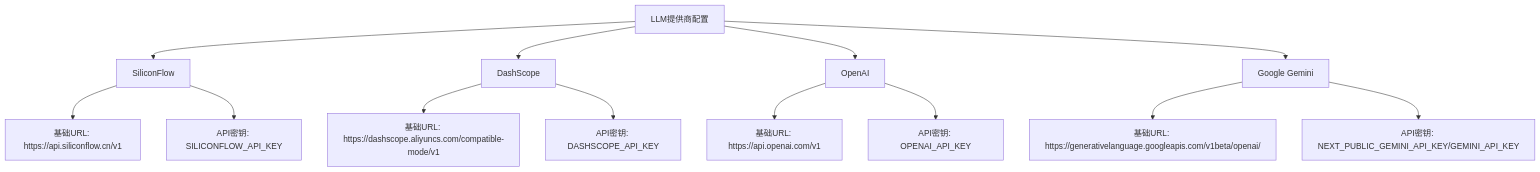
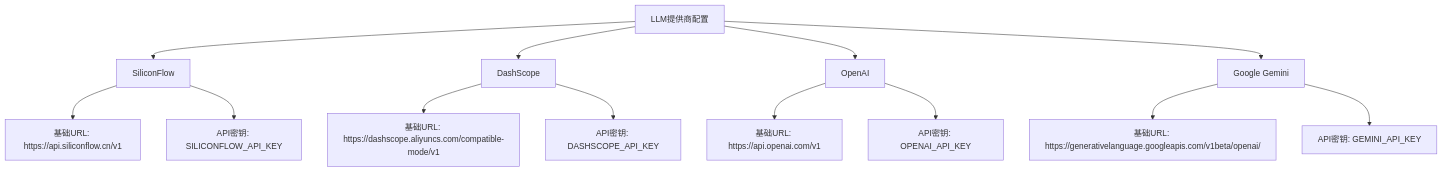
Before and after one commit to JasperLin2333/Flash-Flow: the first of 8 diagrams in .qoder/repowiki/zh/content/API接口文档/_api_run-node/LLM提供商配置.md, drawn with Mermaid. The commit also changed other lines of this file and 91 other files, not shown here.

````diff
--- a/.qoder/repowiki/zh/content/API接口文档/_api_run-node/LLM提供商配置.md
+++ b/.qoder/repowiki/zh/content/API接口文档/_api_run-node/LLM提供商配置.md
@@ -34,15 +42,15 @@
 ```mermaid
 flowchart TD
 A[LLM提供商配置] --> B[SiliconFlow]
 A --> C[DashScope]
 A --> D[OpenAI]
 A --> E[Google Gemini]
 B --> F[基础URL: https://api.siliconflow.cn/v1]
 B --> G[API密钥: SILICONFLOW_API_KEY]
 C --> H[基础URL: https://dashscope.aliyuncs.com/compatible-mode/v1]
 C --> I[API密钥: DASHSCOPE_API_KEY]
 D --> J[基础URL: https://api.openai.com/v1]
 D --> K[API密钥: OPENAI_API_KEY]
 E --> L[基础URL: https://generativelanguage.googleapis.com/v1beta/openai/]
-E --> M[API密钥: NEXT_PUBLIC_GEMINI_API_KEY/GEMINI_API_KEY]
+E --> M[API密钥: GEMINI_API_KEY]
 ```
````
